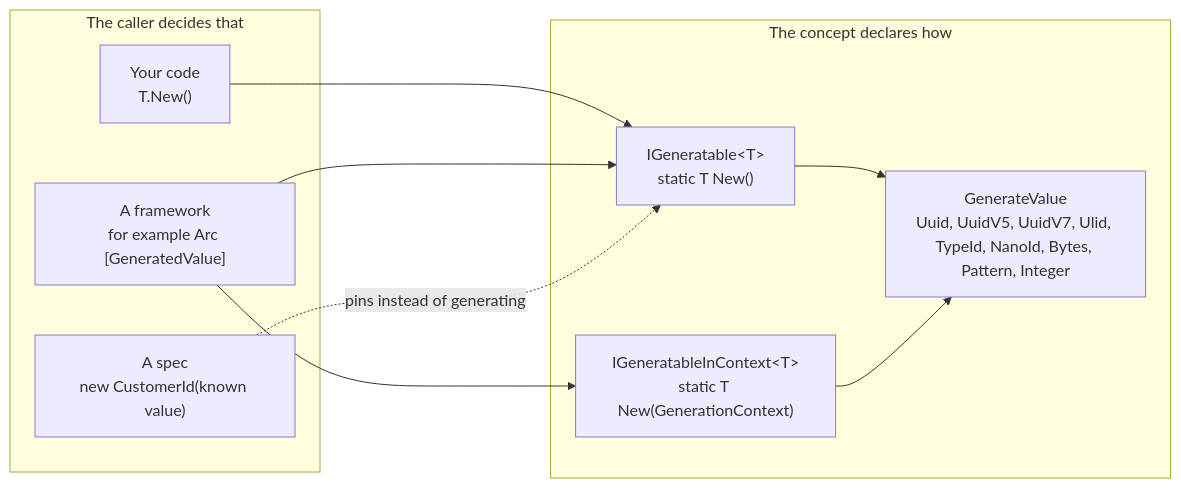
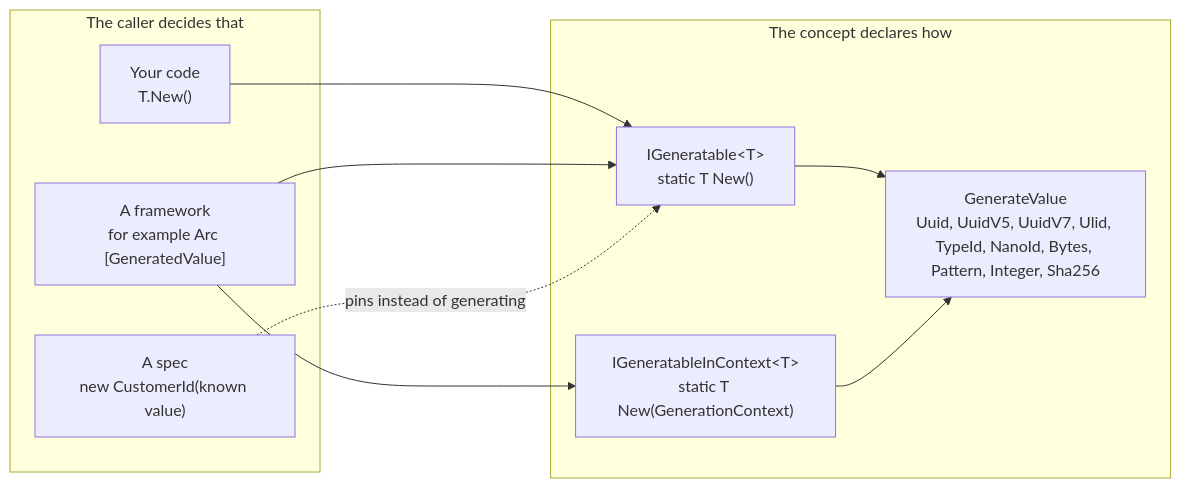
One commit to Cratis/Fundamentals changed the diagram in Documentation/csharp/generating-values/index.md. Above: the diagram before and after it, drawn with Mermaid. The commit also changed other lines of this file and 14 other files, not shown here.

````diff
--- a/Documentation/csharp/generating-values/index.md
+++ b/Documentation/csharp/generating-values/index.md
@@ -16,19 +16,19 @@
 ```mermaid
 flowchart LR
     subgraph Concept["The concept declares how"]
         A["IGeneratable&lt;T&gt;<br/>static T New()"]
         B["IGeneratableInContext&lt;T&gt;<br/>static T New(GenerationContext)"]
-        C["GenerateValue<br/>Uuid, UuidV5, UuidV7, Ulid, TypeId, NanoId, Bytes, Pattern, Integer"]
+        C["GenerateValue<br/>Uuid, UuidV5, UuidV7, Ulid, TypeId, NanoId, Bytes, Pattern, Integer, Sha256"]
         A --> C
         B --> C
     end
     subgraph Caller["The caller decides that"]
         D["Your code<br/>T.New()"]
         E["A framework<br/>for example Arc [GeneratedValue]"]
         F["A spec<br/>new CustomerId(known value)"]
     end
     D --> A
     E --> A
     E --> B
     F -. "pins instead of generating" .-> A
 ```
````
